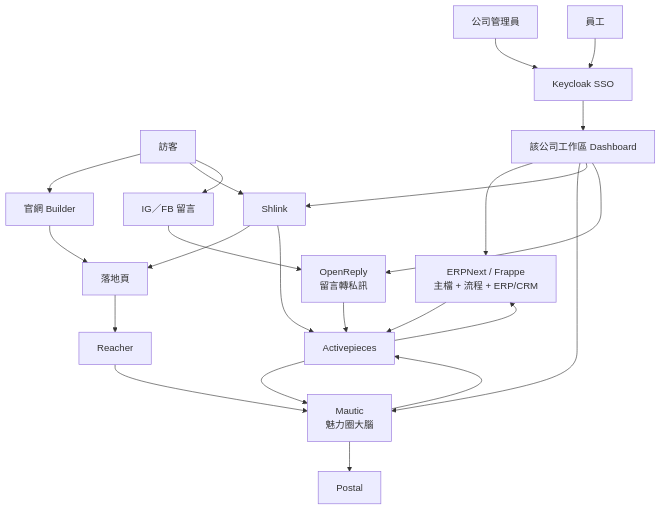
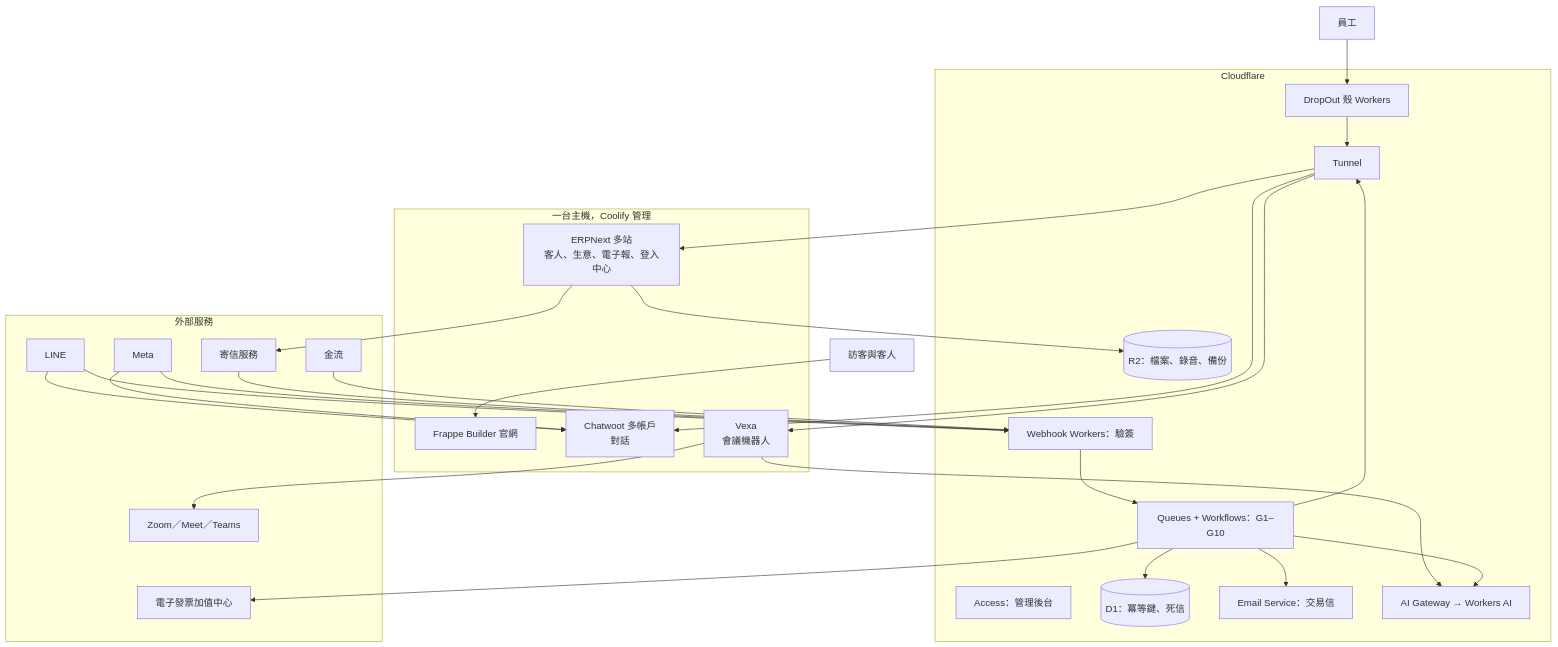
The diagram in docs/ARCHITECTURE.md (dropout-tech/EveryThingOS), drawn with Mermaid before and after one commit. The commit also changed other lines of this file and 2 other files, not shown here.

Commit message:
Consolidate architecture v2 and record second-round tool review.

````diff
--- a/docs/ARCHITECTURE.md
+++ b/docs/ARCHITECTURE.md
@@ -229,30 +166,50 @@
 ```mermaid
 flowchart TB
-  Admin[公司管理員]
-  User[員工]
-  Visitor[訪客]
-  KC[Keycloak SSO]
-
-  Admin --> KC
-  User --> KC
-  KC --> WS[該公司工作區 Dashboard]
-  WS --> ERP[ERPNext / Frappe<br/>主檔 + 流程 + ERP/CRM]
-  WS --> MA[Mautic<br/>魅力圈大腦]
-  WS --> SL[Shlink]
-  WS --> OR[OpenReply<br/>留言轉私訊]
-  Visitor --> Site[官網 Builder]
-  Visitor --> SL
-  Visitor --> IG[IG／FB 留言]
-  IG --> OR
-  SL --> LP[落地頁]
-  Site --> LP
-  LP --> RH[Reacher]
-  RH --> MA
-  MA --> AP[Activepieces]
-  OR --> AP
-  AP --> ERP
-  ERP --> AP
-  AP --> MA
-  MA --> Postal[Postal]
-  SL --> AP
+  Staff[員工] --> Shell
+  Visitor[訪客與客人] --> Site
+  subgraph cf [Cloudflare]
+    Shell[DropOut 殼 Workers]
+    Access[Access：管理後台]
+    Hooks[Webhook Workers：驗簽]
+    Flow[Queues + Workflows：G1–G10]
+    D1[(D1：冪等鍵、死信)]
+    R2[(R2：檔案、錄音、備份)]
+    Mail[Email Service：交易信]
+    AIGW[AI Gateway → Workers AI]
+    Tunnel[Tunnel]
+  end
+  subgraph host [一台主機，Coolify 管理]
+    ERP[ERPNext 多站<br/>客人、生意、電子報、登入中心]
+    Site[Frappe Builder 官網]
+    CW[Chatwoot 多帳戶<br/>對話]
+    VX[Vexa<br/>會議機器人]
+  end
+  subgraph ext [外部服務]
+    LINE[LINE]
+    Meta[Meta]
+    ESP[寄信服務]
+    Pay[金流]
+    EInv[電子發票加值中心]
+    Meet[Zoom／Meet／Teams]
+  end
+  Shell --> Tunnel
+  Tunnel --> ERP
+  Tunnel --> CW
+  Tunnel --> VX
+  LINE --> CW
+  Meta --> CW
+  LINE --> Hooks
+  Meta --> Hooks
+  ESP --> Hooks
+  Pay --> Hooks
+  Hooks --> Flow
+  Flow --> D1
+  Flow --> Tunnel
+  Flow --> Mail
+  Flow --> EInv
+  ERP --> ESP
+  VX --> Meet
+  VX --> AIGW
+  Flow --> AIGW
+  ERP --> R2
 ```
````
